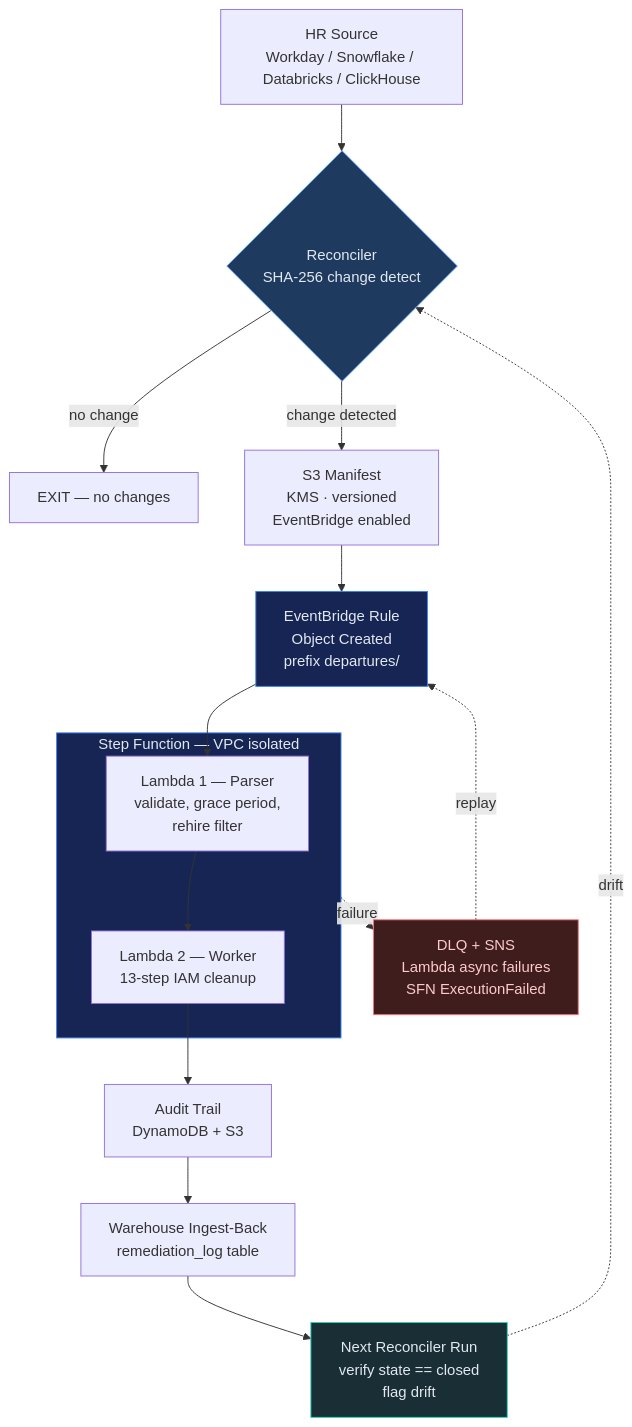
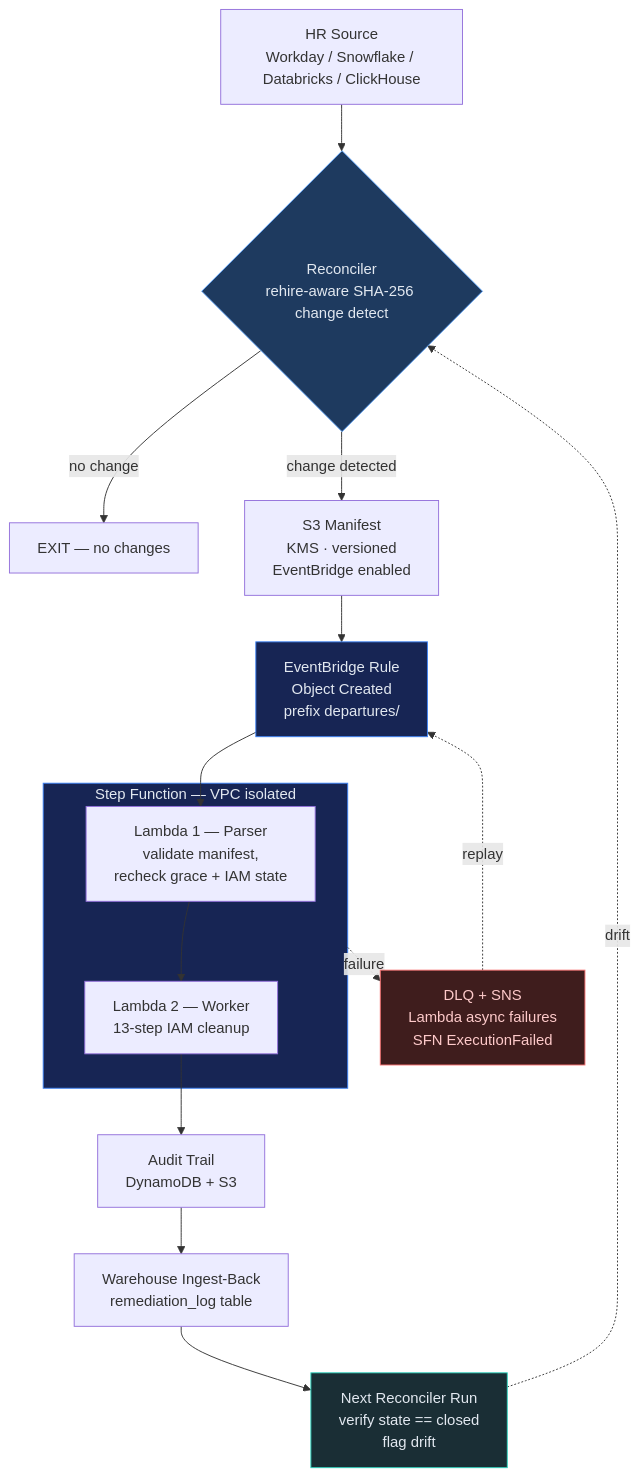
Before and after one commit to msaad00/cloud-security: the diagram in skills/remediation/iam-departures-remediation/SKILL.md, drawn with Mermaid. The commit also changed other lines of this file and 5 other files, not shown here.

Commit message:
docs: clarify agent-first invocation and flagship flow (#187)

````diff
--- a/skills/remediation/iam-departures-remediation/SKILL.md
+++ b/skills/remediation/iam-departures-remediation/SKILL.md
@@ -69,37 +70,37 @@
 ```mermaid
 flowchart TD
     HR["HR Source<br/>Workday / Snowflake / Databricks / ClickHouse"]
-    REC{"Reconciler<br/>SHA-256 change detect"}
+    REC{"Reconciler<br/>rehire-aware SHA-256 change detect"}
     EXIT["EXIT — no changes"]
     S3["S3 Manifest<br/>KMS · versioned<br/>EventBridge enabled"]
     EB["EventBridge Rule<br/>Object Created<br/>prefix departures/"]
 
     subgraph SFN["Step Function — VPC isolated"]
-        L1["Lambda 1 — Parser<br/>validate, grace period,<br/>rehire filter"]
+        L1["Lambda 1 — Parser<br/>validate manifest,<br/>recheck grace + IAM state"]
         L2["Lambda 2 — Worker<br/>13-step IAM cleanup"]
     end
 
     AUDIT["Audit Trail<br/>DynamoDB + S3"]
     WH["Warehouse Ingest-Back<br/>remediation_log table"]
     VERIFY["Next Reconciler Run<br/>verify state == closed<br/>flag drift"]
     DLQ["DLQ + SNS<br/>Lambda async failures<br/>SFN ExecutionFailed"]
 
     HR --> REC
     REC -->|no change| EXIT
     REC -->|change detected| S3
     S3 --> EB
     EB --> L1
     L1 --> L2
     L2 --> AUDIT
     AUDIT --> WH
     WH --> VERIFY
     VERIFY -. drift .-> REC
     SFN -. failure .-> DLQ
     DLQ -. replay .-> EB
 
     style SFN fill:#172554,stroke:#3b82f6,color:#e2e8f0
     style REC fill:#1e3a5f,stroke:#60a5fa,color:#e2e8f0
     style EB fill:#172554,stroke:#3b82f6,color:#e2e8f0
     style VERIFY fill:#1a2e35,stroke:#2dd4bf,color:#e2e8f0
     style DLQ fill:#3f1d1d,stroke:#f87171,color:#fecaca
 ```
````
